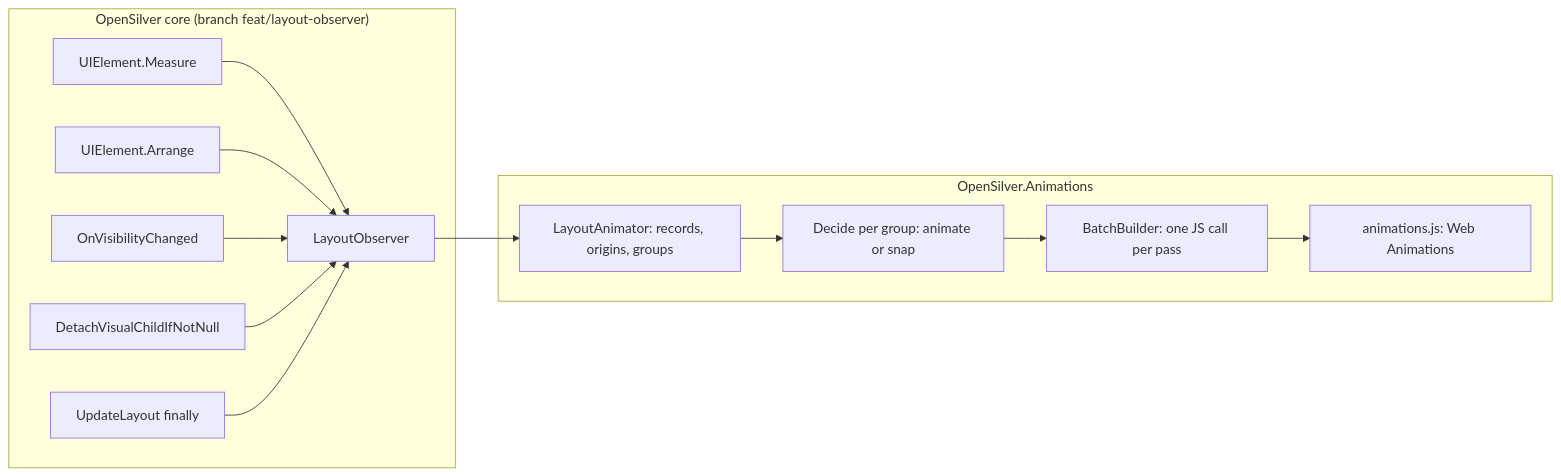
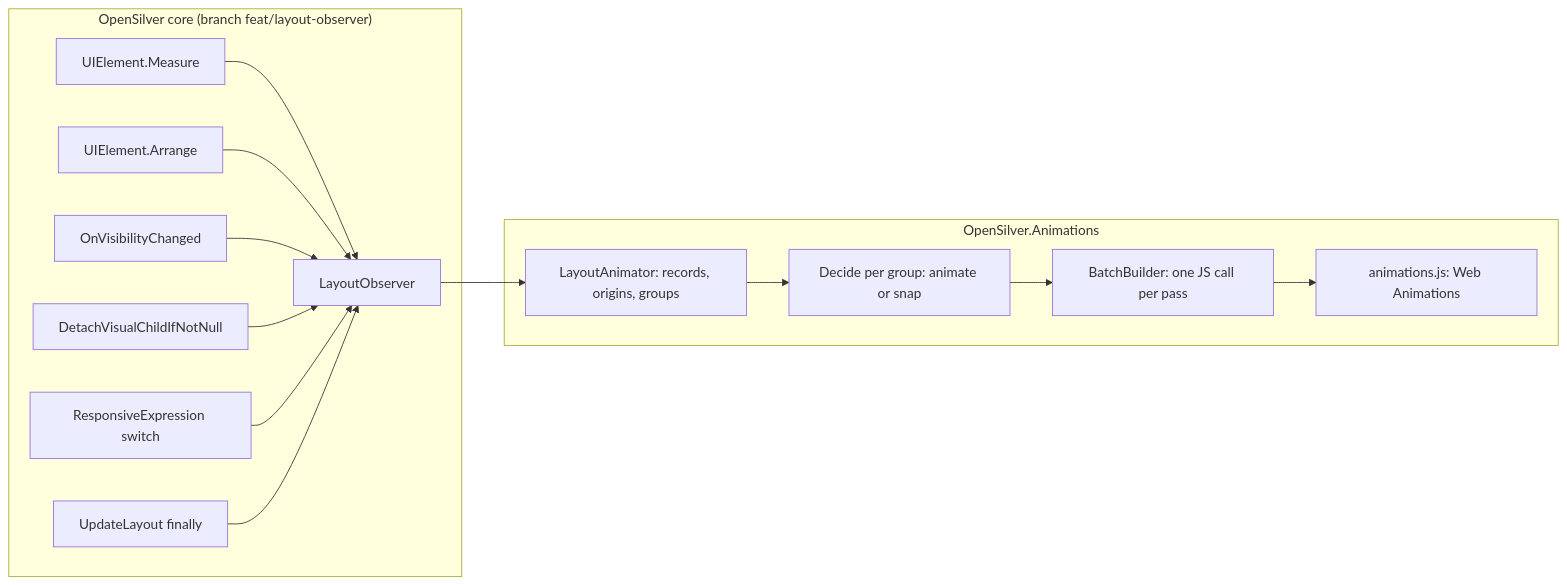
The diagram in docs/architecture.md (OpenSilver/OpenSilver.Animations), drawn with Mermaid before and after one commit. The commit also changed other lines of this file and 11 other files, not shown here.

````diff
--- a/docs/architecture.md
+++ b/docs/architecture.md
@@ -9,16 +9,17 @@
 ```mermaid
 flowchart LR
     subgraph core ["OpenSilver core (branch feat/layout-observer)"]
         measure["UIElement.Measure"] --> observer["LayoutObserver"]
         arrange["UIElement.Arrange"] --> observer
         visibility["OnVisibilityChanged"] --> observer
         detach["DetachVisualChildIfNotNull"] --> observer
+        responsive["ResponsiveExpression switch"] --> observer
         passEnd["UpdateLayout finally"] --> observer
     end
     subgraph lib ["OpenSilver.Animations"]
         observer --> animator["LayoutAnimator: records, origins, groups"]
         animator --> decide["Decide per group: animate or snap"]
         decide --> batch["BatchBuilder: one JS call per pass"]
         batch --> js["animations.js: Web Animations"]
     end
 ```
````
